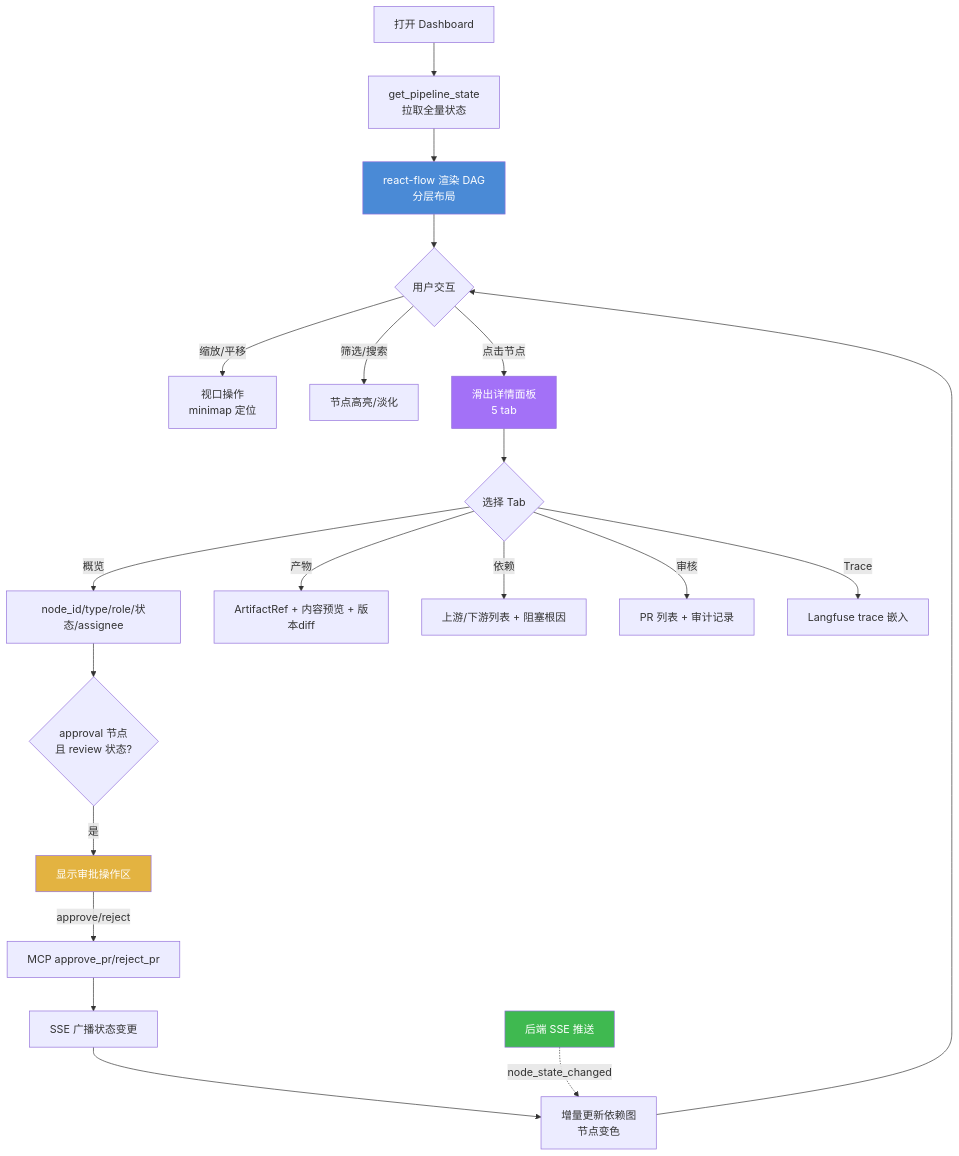
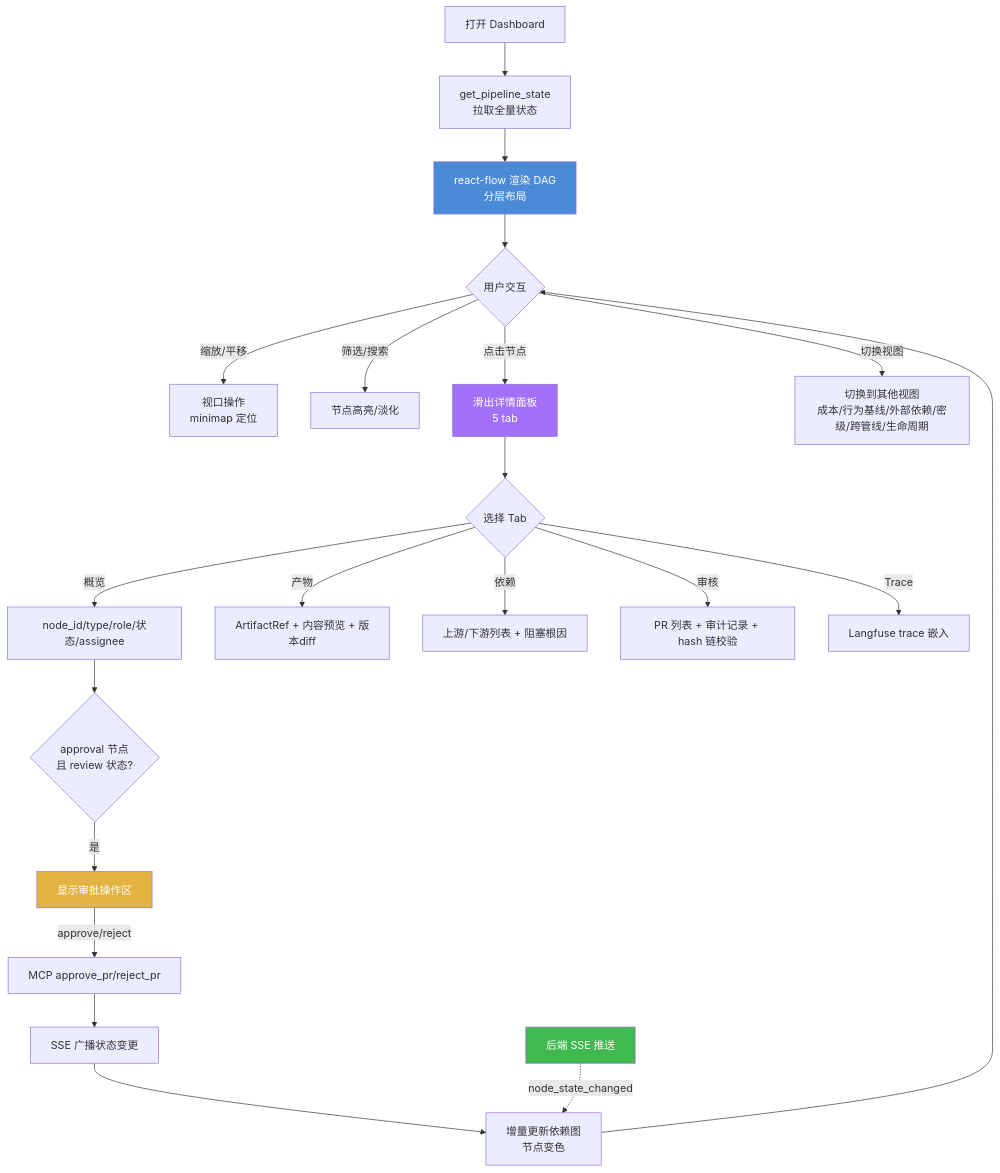
The fifth of 9 diagrams in docs/prd/deep-dive/fr7-fr8-monitoring-visual.md (s-charvin/ai-delivery-kit), drawn with Mermaid before and after one commit. The commit also changed other lines of this file and 4 other files, not shown here.

````diff
--- a/docs/prd/deep-dive/fr7-fr8-monitoring-visual.md
+++ b/docs/prd/deep-dive/fr7-fr8-monitoring-visual.md
@@ -425,33 +485,34 @@
 ```mermaid
 flowchart TB
     LOAD[打开 Dashboard] --> FETCH[get_pipeline_state<br/>拉取全量状态]
     FETCH --> RENDER[react-flow 渲染 DAG<br/>分层布局]
 
     RENDER --> INTERACT{用户交互}
 
     INTERACT -->|缩放/平移| VP[视口操作<br/>minimap 定位]
     INTERACT -->|筛选/搜索| FILT[节点高亮/淡化]
     INTERACT -->|点击节点| PANEL[滑出详情面板<br/>5 tab]
+    INTERACT -->|切换视图| VIEW[切换到其他视图<br/>成本/行为基线/外部依赖/密级/跨管线/生命周期]
 
     PANEL --> TAB{选择 Tab}
     TAB -->|概览| OVR[node_id/type/role/状态/assignee]
     TAB -->|产物| ART[ArtifactRef + 内容预览 + 版本diff]
     TAB -->|依赖| DEP[上游/下游列表 + 阻塞根因]
-    TAB -->|审核| AUD[PR 列表 + 审计记录]
+    TAB -->|审核| AUD[PR 列表 + 审计记录 + hash 链校验]
     TAB -->|Trace| TRC[Langfuse trace 嵌入]
 
     OVR --> APPROVAL{approval 节点<br/>且 review 状态?}
     APPROVAL -->|是| ACT[显示审批操作区]
     ACT -->|approve/reject| MCP_CALL[MCP approve_pr/reject_pr]
     MCP_CALL --> SSE_BR[SSE 广播状态变更]
 
     SSE_BR --> UPDATE[增量更新依赖图<br/>节点变色]
     UPDATE --> INTERACT
 
     SSE[后端 SSE 推送] -.->|node_state_changed| UPDATE
 
     style RENDER fill:#4a8ad6,color:#fff
     style PANEL fill:#a371f7,color:#fff
     style ACT fill:#e3b341,color:#fff
     style SSE fill:#3fb950,color:#fff
 ```
````
